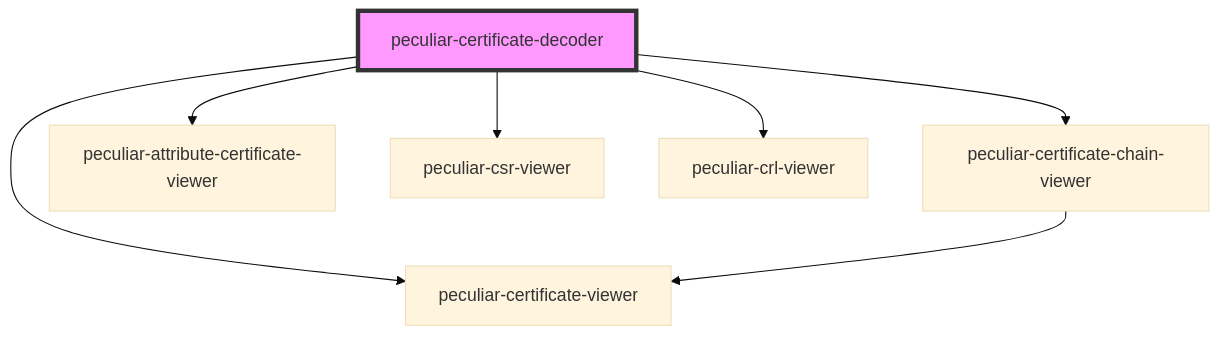
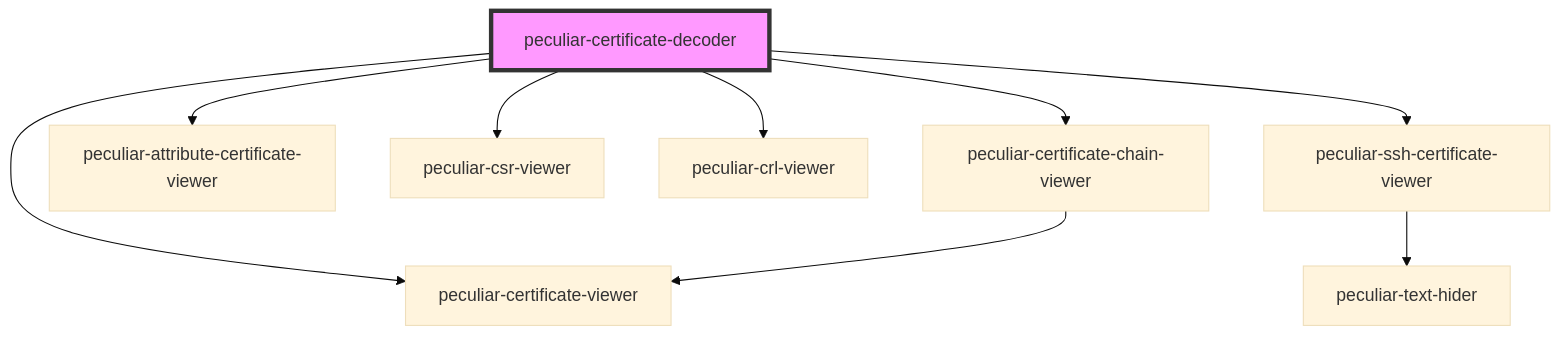
Before and after one commit to PeculiarVentures/pv-certificates-viewer: the diagram in packages/webcomponents/src/components/certificate-decoder/readme.md, drawn with Mermaid (base theme). The commit also changed other lines of this file and 13 other files, not shown here.

Commit message:
feat(webcomponents): add SSH certificate viewer component

````diff
--- a/packages/webcomponents/src/components/certificate-decoder/readme.md
+++ b/packages/webcomponents/src/components/certificate-decoder/readme.md
@@ -35,10 +36,12 @@
 ```mermaid
 graph TD;
   peculiar-certificate-decoder --> peculiar-certificate-chain-viewer
   peculiar-certificate-decoder --> peculiar-certificate-viewer
   peculiar-certificate-decoder --> peculiar-attribute-certificate-viewer
   peculiar-certificate-decoder --> peculiar-csr-viewer
   peculiar-certificate-decoder --> peculiar-crl-viewer
+  peculiar-certificate-decoder --> peculiar-ssh-certificate-viewer
   peculiar-certificate-chain-viewer --> peculiar-certificate-viewer
+  peculiar-ssh-certificate-viewer --> peculiar-text-hider
   style peculiar-certificate-decoder fill:#f9f,stroke:#333,stroke-width:4px
 ```
````
